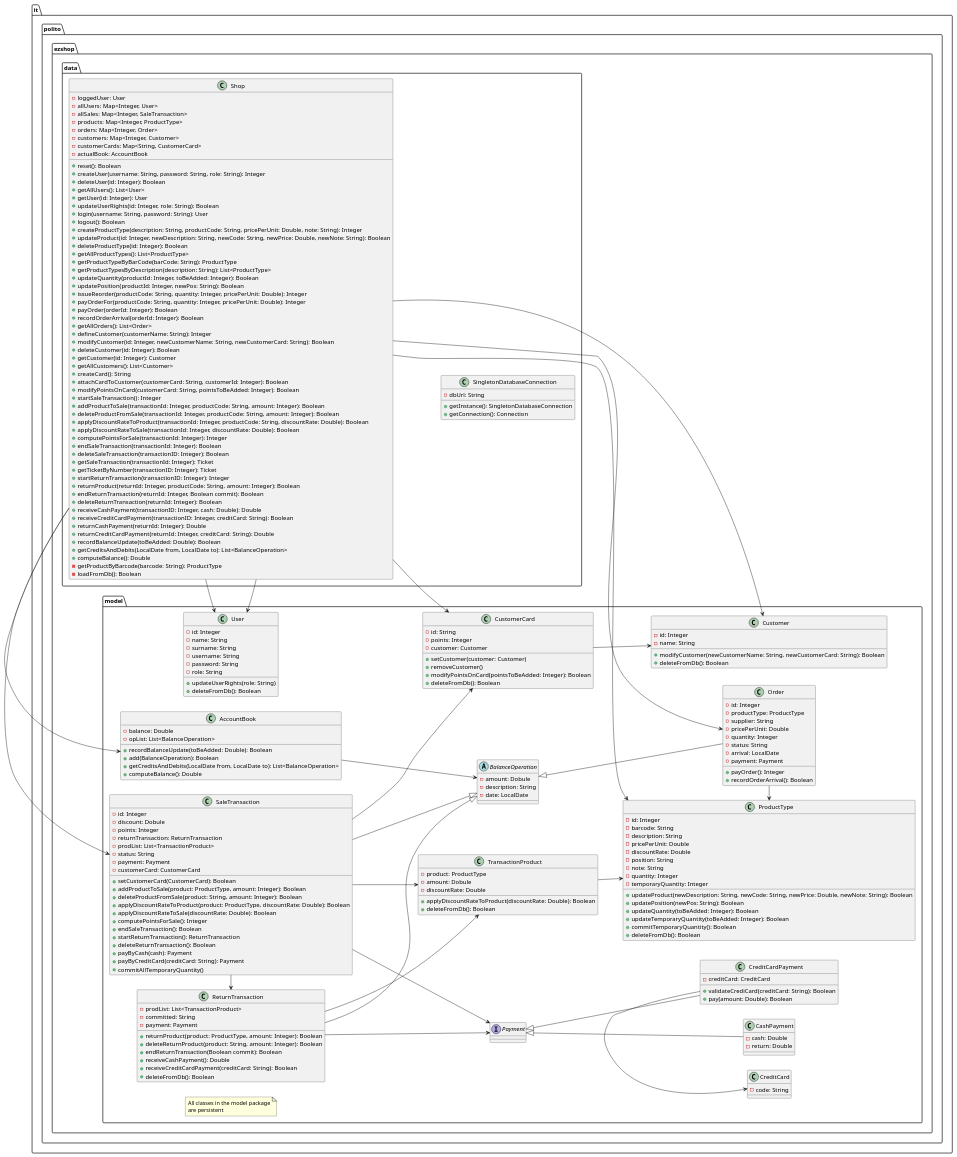
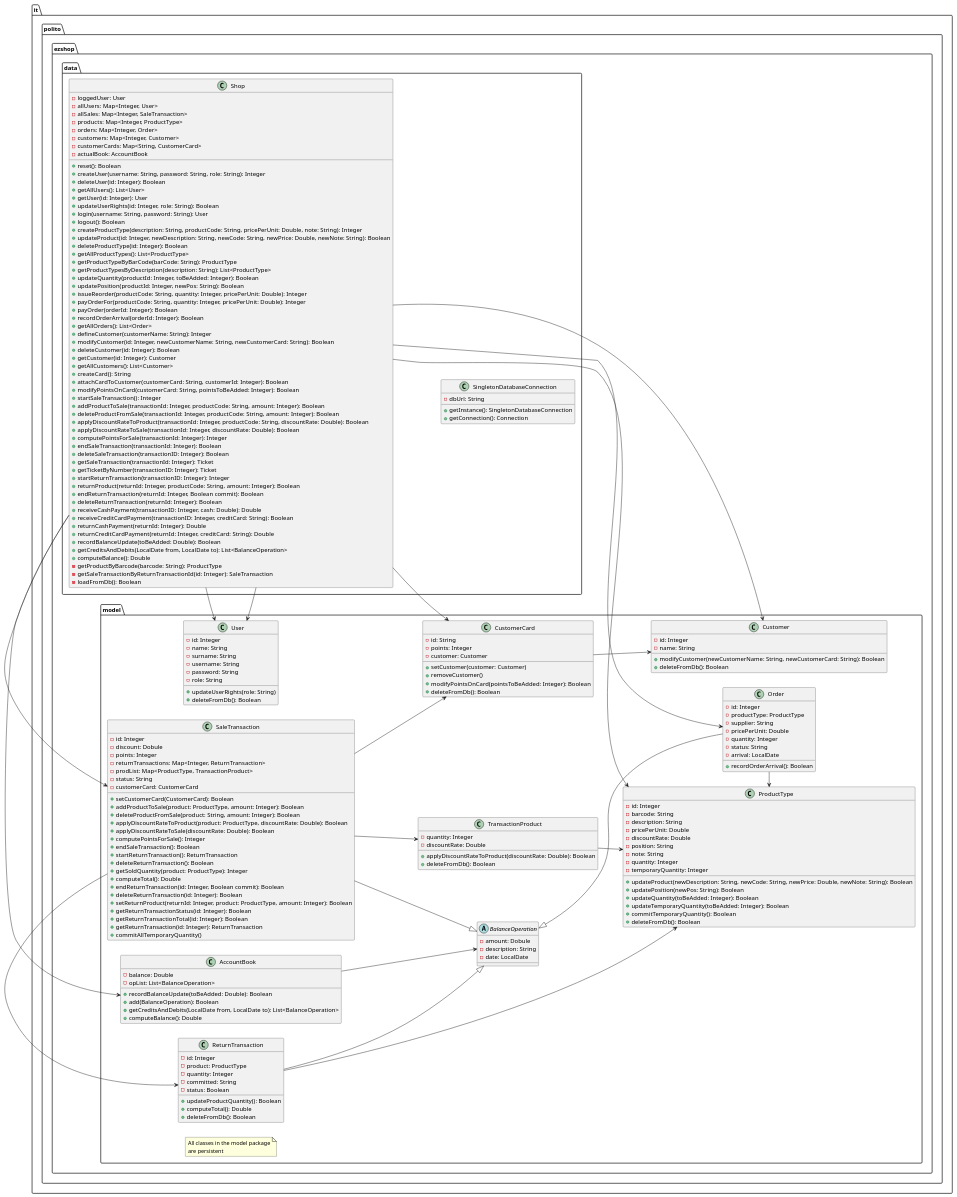
Before and after one commit to MatteoBattilana/EzShop: the second of 6 diagrams in Deliverables/DesignDocument.md, drawn with PlantUML. The commit also changed other lines of this file, not shown here.

Commit message:
docs: added return scenario

```diff
--- a/Deliverables/DesignDocument.md
+++ b/Deliverables/DesignDocument.md
@@ -118,6 +118,7 @@
 + getCreditsAndDebits(LocalDate from, LocalDate to): List<BalanceOperation>
 + computeBalance(): Double
 - getProductByBarcode(barcode: String): ProductType
+- getSaleTransactionByReturnTransactionId(id: Integer): SaleTransaction
 - loadFromDb(): Boolean
   }
   Shop -[hidden]-> SingletonDatabaseConnection
@@ -131,7 +132,6 @@
     - description: String
     - date: LocalDate
   }
-  interface Payment
   class User {
     - id: Integer
     - name: String
@@ -168,8 +168,6 @@
     - quantity: Integer
     - status: String
     - arrival: LocalDate
-    - payment: Payment
-    + payOrder(): Integer
     + recordOrderArrival(): Boolean
   }
   class CustomerCard {
@@ -191,10 +189,9 @@
       - id: Integer
       - discount: Dobule
       - points: Integer
-      - returnTransaction: ReturnTransaction
-      - prodList: List<TransactionProduct>
+      - returnTransactions: Map<Integer, ReturnTransaction>
+      - prodList: Map<ProductType, TransactionProduct>
       - status: String
-      - payment: Payment
       - customerCard: CustomerCard
       + setCustomerCard(CustomerCard): Boolean
       + addProductToSale(product: ProductType, amount: Integer): Boolean
@@ -205,40 +202,33 @@
       + endSaleTransaction(): Boolean
       + startReturnTransaction(): ReturnTransaction
       + deleteReturnTransaction(): Boolean
-      + payByCash(cash): Payment
-      + payByCreditCard(creditCard: String): Payment
+      + getSoldQuantity(product: ProductType): Integer
+      + computeTotal(): Double
+      + endReturnTransaction(id: Integer, Boolean commit): Boolean
+      + deleteReturnTransaction(id: Integer): Boolean
+      + setReturnProduct(returnId: Integer, product: ProductType, amount: Integer): Boolean
+      + getReturnTransactionStatus(id: Integer): Boolean
+      + getReturnTransactionTotal(id: Integer): Boolean
+      + getReturnTransaction(id: Integer): ReturnTransaction
       + commitAllTemporaryQuantity()
   }
   class ReturnTransaction {
-    - prodList: List<TransactionProduct>
+    - id: Integer
+    - product: ProductType
+    - quantity: Integer
     - committed: String
-    - payment: Payment
-    + returnProduct(product: ProductType, amount: Integer): Boolean
-    + deleteReturnProduct(product: String, amount: Integer): Boolean
-    + endReturnTransaction(Boolean commit): Boolean
-    + receiveCashPayment(): Double
-    + receiveCreditCardPayment(creditCard: String): Boolean
+    - status: Boolean
+    + updateProductQuantity(): Boolean
+    + computeTotal(): Double
     + deleteFromDb(): Boolean
   }
   class TransactionProduct {
-    - product: ProductType
-    - amount: Dobule
+    - quantity: Integer
     - discountRate: Double
     + applyDiscountRateToProduct(discountRate: Double): Boolean
     + deleteFromDb(): Boolean
   }
-  class CashPayment {
-    - cash: Double
-    - return: Double
-  }
-  class CreditCardPayment {
-    - creditCard: CreditCard
-    + validateCrediCard(creditCard: String): Boolean
-	  + pay(amount: Double): Boolean
-  }
-  Class CreditCard {
-    - code: String
-  }
+
   class AccountBook{
     - balance: Double
     - opList: List<BalanceOperation>
@@ -253,22 +243,16 @@
   SaleTransaction --|> BalanceOperation
   Order -up-|> BalanceOperation
 
-  Payment <|-- CreditCardPayment
-  Payment <|-- CashPayment
-
 AccountBook --> BalanceOperation
 
-SaleTransaction --> Payment
 SaleTransaction -right-> ReturnTransaction
-ReturnTransaction --> Payment
-CreditCardPayment -left-> CreditCard
 SaleTransaction --> TransactionProduct
 TransactionProduct --> ProductType
 CustomerCard --> Customer
 SaleTransaction --> CustomerCard
 
 Order -right-> ProductType
-ReturnTransaction --> TransactionProduct
+ReturnTransaction --> ProductType
 }
 
   Shop -> User
```
